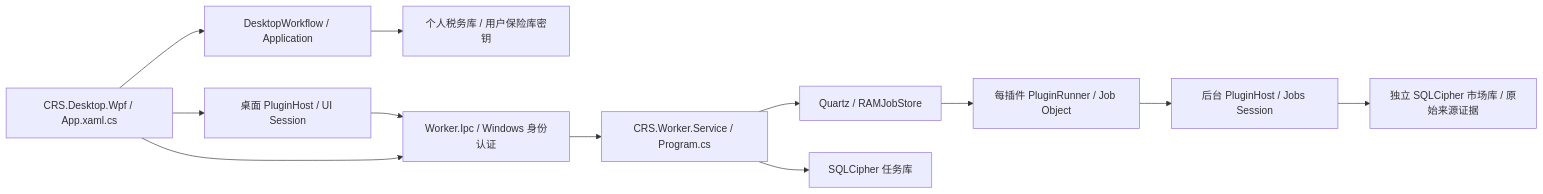
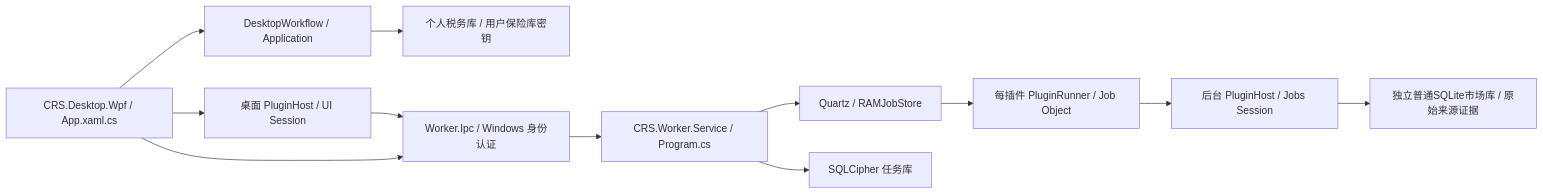
Before and after one commit to sword0880/CRSTool: the diagram in docs/architecture/CURRENT_ARCHITECTURE.md, drawn with Mermaid. The commit also changed other lines of this file and 24 other files, not shown here.

````diff
--- a/docs/architecture/CURRENT_ARCHITECTURE.md
+++ b/docs/architecture/CURRENT_ARCHITECTURE.md
@@ -66,14 +66,14 @@
 ```mermaid
 flowchart LR
     UI[CRS.Desktop.Wpf / App.xaml.cs] --> Workflow[DesktopWorkflow / Application]
     Workflow --> Private[个人税务库 / 用户保险库密钥]
     UI --> Views[桌面 PluginHost / UI Session]
     Views --> IPC[Worker.Ipc / Windows 身份认证]
     UI --> IPC
     IPC --> Service[CRS.Worker.Service / Program.cs]
     Service --> Quartz[Quartz / RAMJobStore]
     Service --> Tasks[SQLCipher 任务库]
     Quartz --> Runner[每插件 PluginRunner / Job Object]
     Runner --> Jobs[后台 PluginHost / Jobs Session]
-    Jobs --> Market[独立 SQLCipher 市场库 / 原始来源证据]
+    Jobs --> Market[独立普通SQLite市场库 / 原始来源证据]
 ```
````
